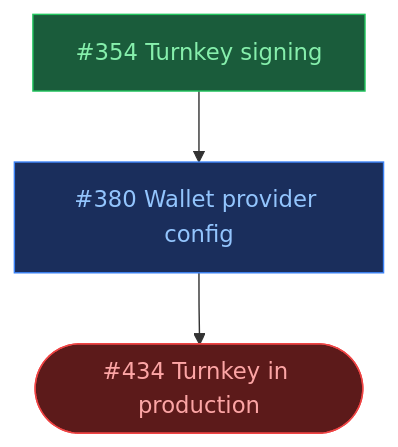
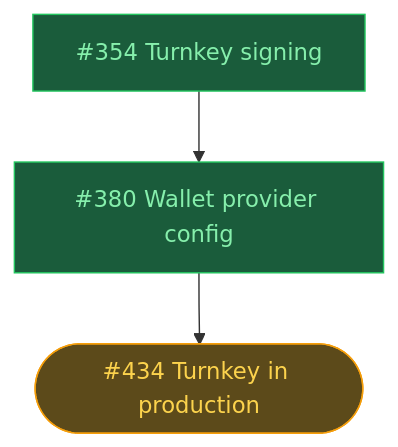
One commit to ST0x-Technology/st0x.liquidity changed the fourth of 8 diagrams in ROADMAP.md. Above: the diagram before and after it, drawn with Mermaid. The commit also changed other lines of this file, not shown here.

Commit message:
chore: restructure roadmap backlog with recent issues

````diff
--- a/ROADMAP.md
+++ b/ROADMAP.md
@@ -147,16 +151,16 @@
 ```mermaid
 graph TD
-    classDef wip fill:#1a2e5c,stroke:#3b82f6,color:#93c5fd
     classDef blocked fill:#5c1a1a,stroke:#ef4444,color:#fca5a5
+    classDef todo fill:#5c4a1a,stroke:#f59e0b,color:#fcd34d
     classDef done fill:#1a5c3b,stroke:#22c55e,color:#86efac
 
     id354["#354 Turnkey signing"]:::done
-    id380["#380 Wallet provider config"]:::wip
-    id434(["#434 Turnkey in production"]):::blocked
+    id380["#380 Wallet provider config"]:::done
+    id434(["#434 Turnkey in production"]):::todo
 
     id354 --> id380 --> id434
 
     click id354 href "https://github.com/ST0x-Technology/st0x.liquidity/issues/354"
     click id380 href "https://github.com/ST0x-Technology/st0x.liquidity/issues/380"
     click id434 href "https://github.com/ST0x-Technology/st0x.liquidity/issues/434"
 ```
````
